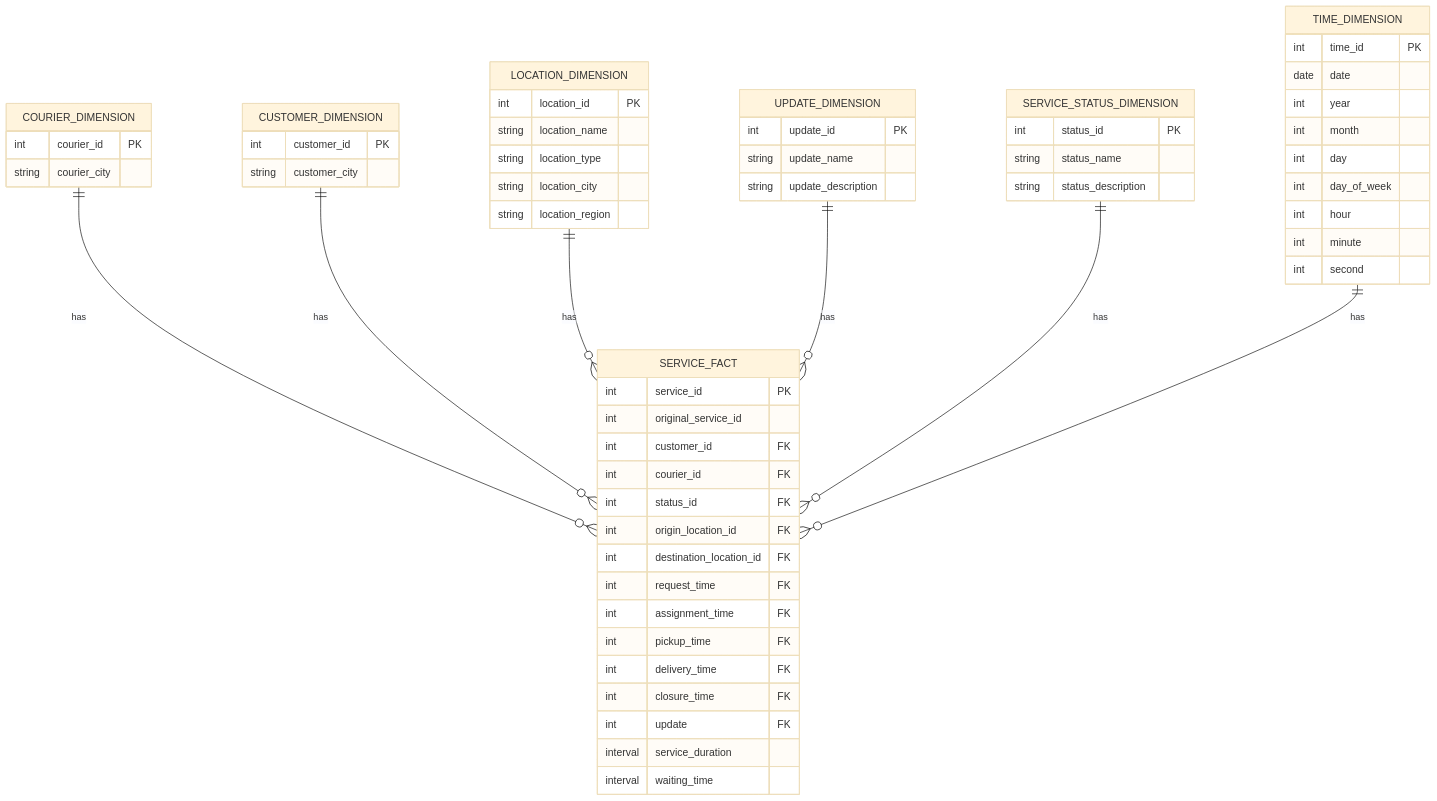
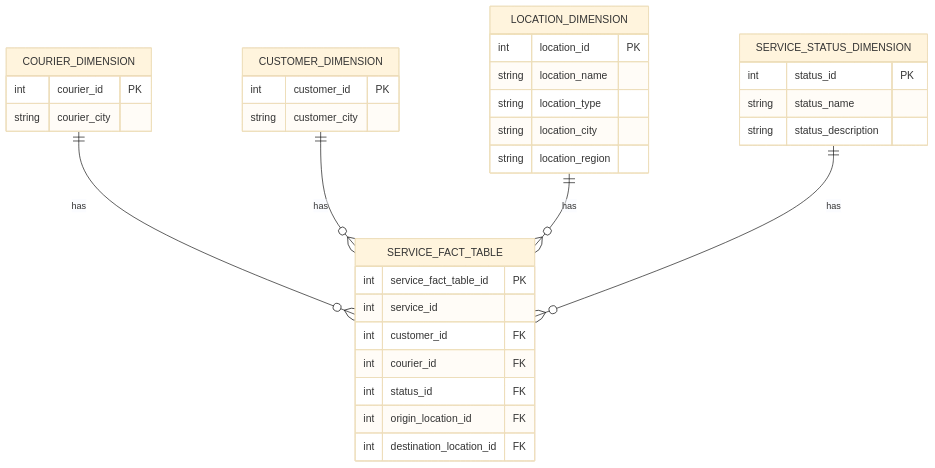
The eighth of 9 diagrams in dimensions_and_data_marts.md (LONG-TERM-EFFECTS-OF-SUFFERING/Rapidos_y_Furiosos_data_warehouse), drawn with Mermaid (base theme) before and after one commit. The commit also changed other lines of this file and 1 other file, not shown here.

Commit message:
delete old dimensions_and_data_marts file and rename the new one

````diff
--- a/dimensions_and_data_marts.md
+++ b/dimensions_and_data_marts.md
@@ -110,69 +122,41 @@
 ```MERMAID
 erDiagram
     COURIER_DIMENSION {
         int courier_id PK
         string courier_city
     }
 
     CUSTOMER_DIMENSION {
         int customer_id PK
         string customer_city
     }
 
     LOCATION_DIMENSION {
         int location_id PK
         string location_name
         string location_type
         string location_city
         string location_region
     }
 
-    UPDATE_DIMENSION {
-        int update_id PK
-        string update_name
-        string update_description
-    }
-
     SERVICE_STATUS_DIMENSION {
         int status_id PK
         string status_name
         string status_description
     }
 
-    TIME_DIMENSION {
-        int time_id PK
-        date date
-        int year
-        int month
-        int day
-        int day_of_week
-        int hour
-        int minute
-        int second
-    }
-
-    SERVICE_FACT {
-        int service_id PK
-        int original_service_id
+    SERVICE_FACT_TABLE {
+        int service_fact_table_id PK
+        int service_id
         int customer_id FK
         int courier_id FK
         int status_id FK
         int origin_location_id FK
         int destination_location_id FK
-        int request_time FK
-        int assignment_time FK
-        int pickup_time FK
-        int delivery_time FK
-        int closure_time FK
-        int update FK
-        interval service_duration
-        interval waiting_time
     }
 
-    COURIER_DIMENSION ||--o{ SERVICE_FACT : "has"
-    CUSTOMER_DIMENSION ||--o{ SERVICE_FACT : "has"
-    LOCATION_DIMENSION ||--o{ SERVICE_FACT : "has"
-    UPDATE_DIMENSION ||--o{ SERVICE_FACT : "has"
-    SERVICE_STATUS_DIMENSION ||--o{ SERVICE_FACT : "has"
-    TIME_DIMENSION ||--o{ SERVICE_FACT : "has"
+    COURIER_DIMENSION ||--o{ SERVICE_FACT_TABLE : "has"
+    CUSTOMER_DIMENSION ||--o{ SERVICE_FACT_TABLE : "has"
+    LOCATION_DIMENSION ||--o{ SERVICE_FACT_TABLE : "has"
+    SERVICE_STATUS_DIMENSION ||--o{ SERVICE_FACT_TABLE : "has"
 ```
````
